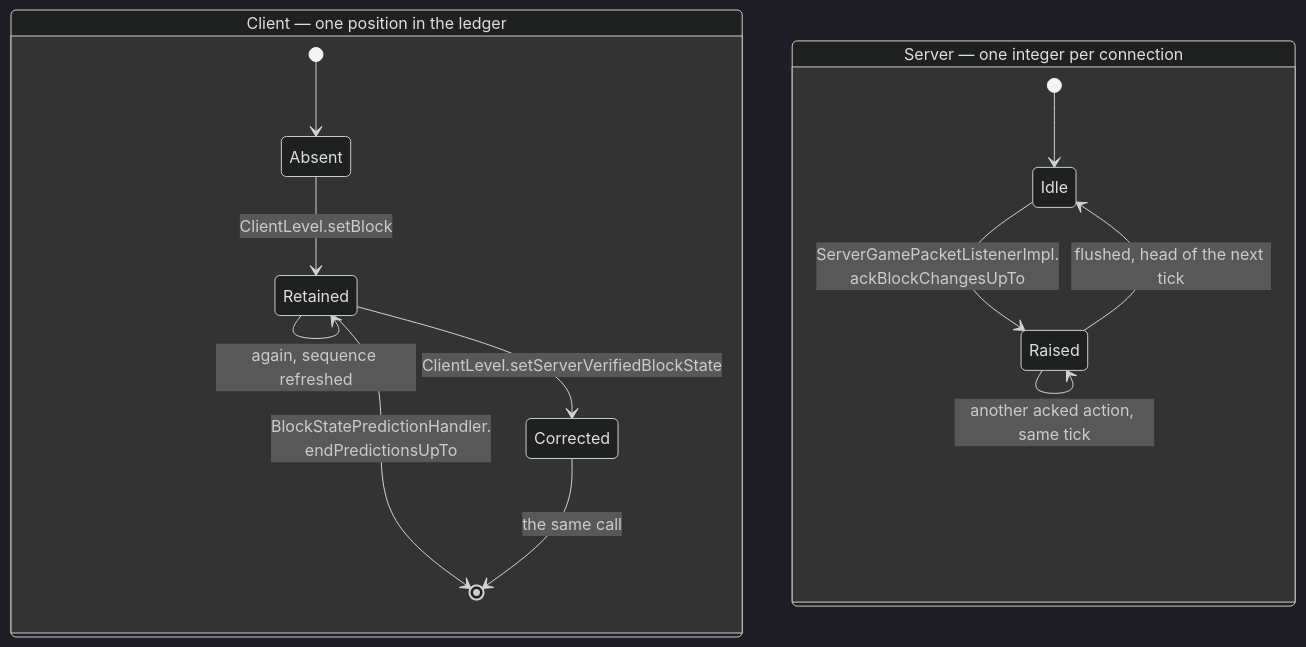
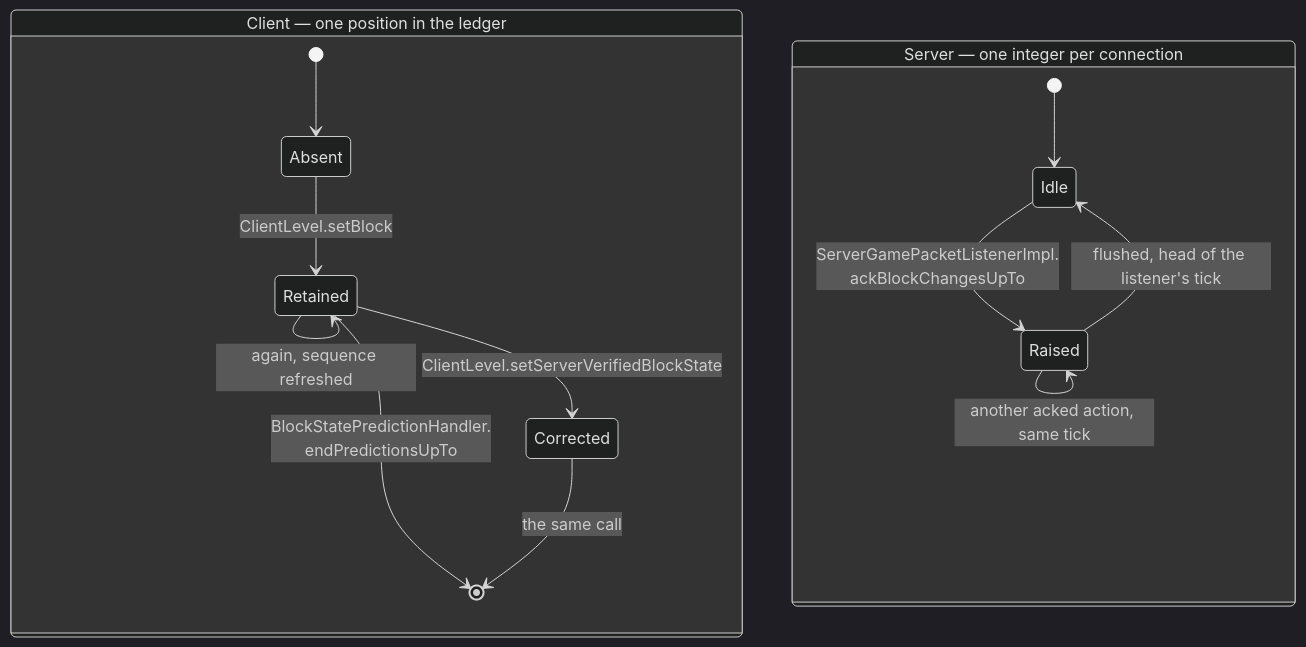
Before and after one commit to AlexanderjFraser/MinecraftDocs: the first of 2 diagrams in src/systems/client/prediction-and-acks.md, drawn with Mermaid (dark theme). The commit also changed other lines of this file and 33 other files, not shown here.

````diff
--- a/src/systems/client/prediction-and-acks.md
+++ b/src/systems/client/prediction-and-acks.md
@@ -46,17 +43,17 @@
 ```mermaid
 stateDiagram-v2
     state "Client — one position in the ledger" as CLIENT {
         [*] --> Absent
         Absent --> Retained : ClientLevel.setBlock
         Retained --> Retained : again, sequence refreshed
         Retained --> Corrected : ClientLevel.setServerVerifiedBlockState
         Retained --> [*] : BlockStatePredictionHandler.<br/>endPredictionsUpTo
         Corrected --> [*] : the same call
     }
     state "Server — one integer per connection" as SERVER {
         [*] --> Idle
         Idle --> Raised : ServerGamePacketListenerImpl.<br/>ackBlockChangesUpTo
         Raised --> Raised : another acked action, same tick
-        Raised --> Idle : flushed, head of the next tick
+        Raised --> Idle : flushed, head of the listener's tick
     }
 ```
````
